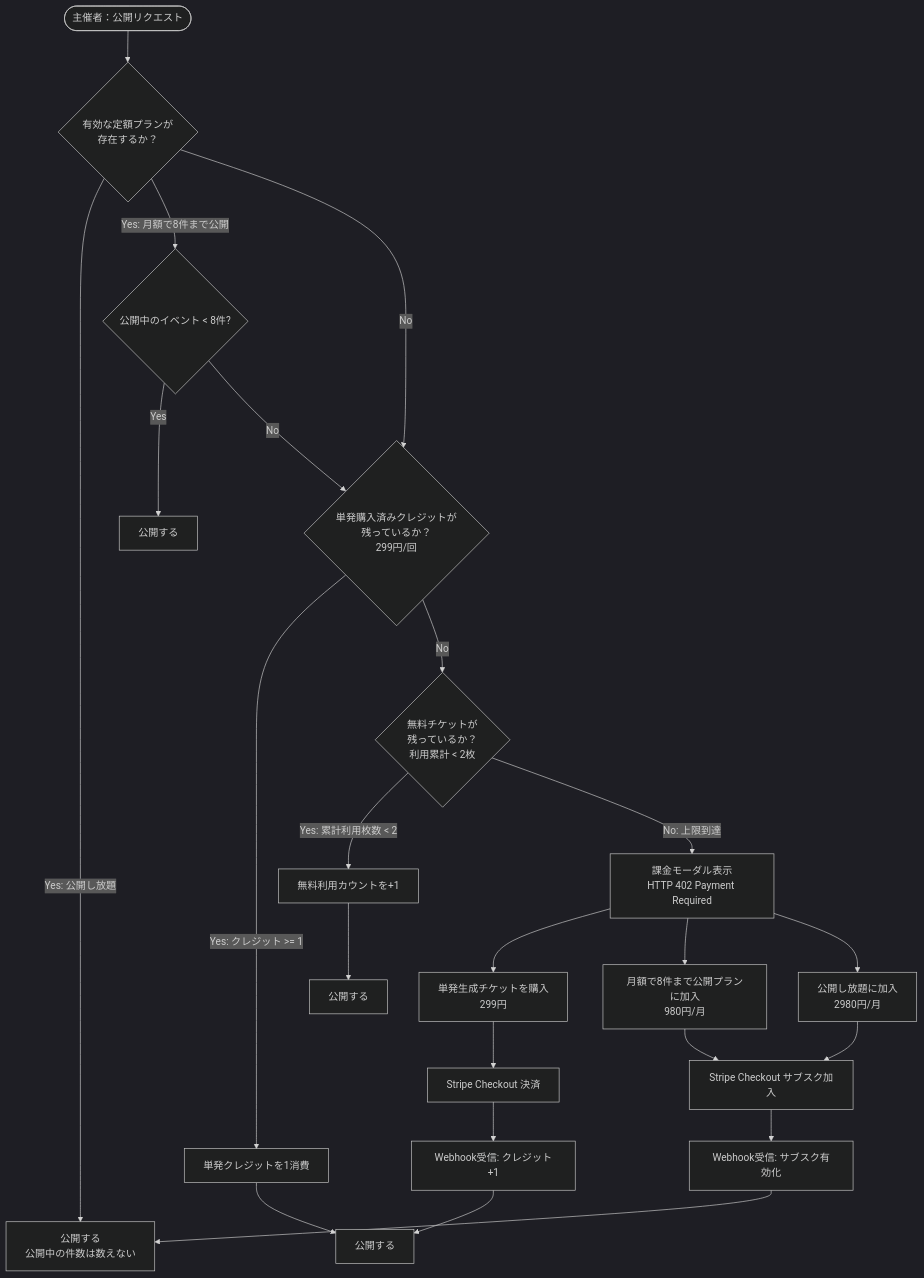
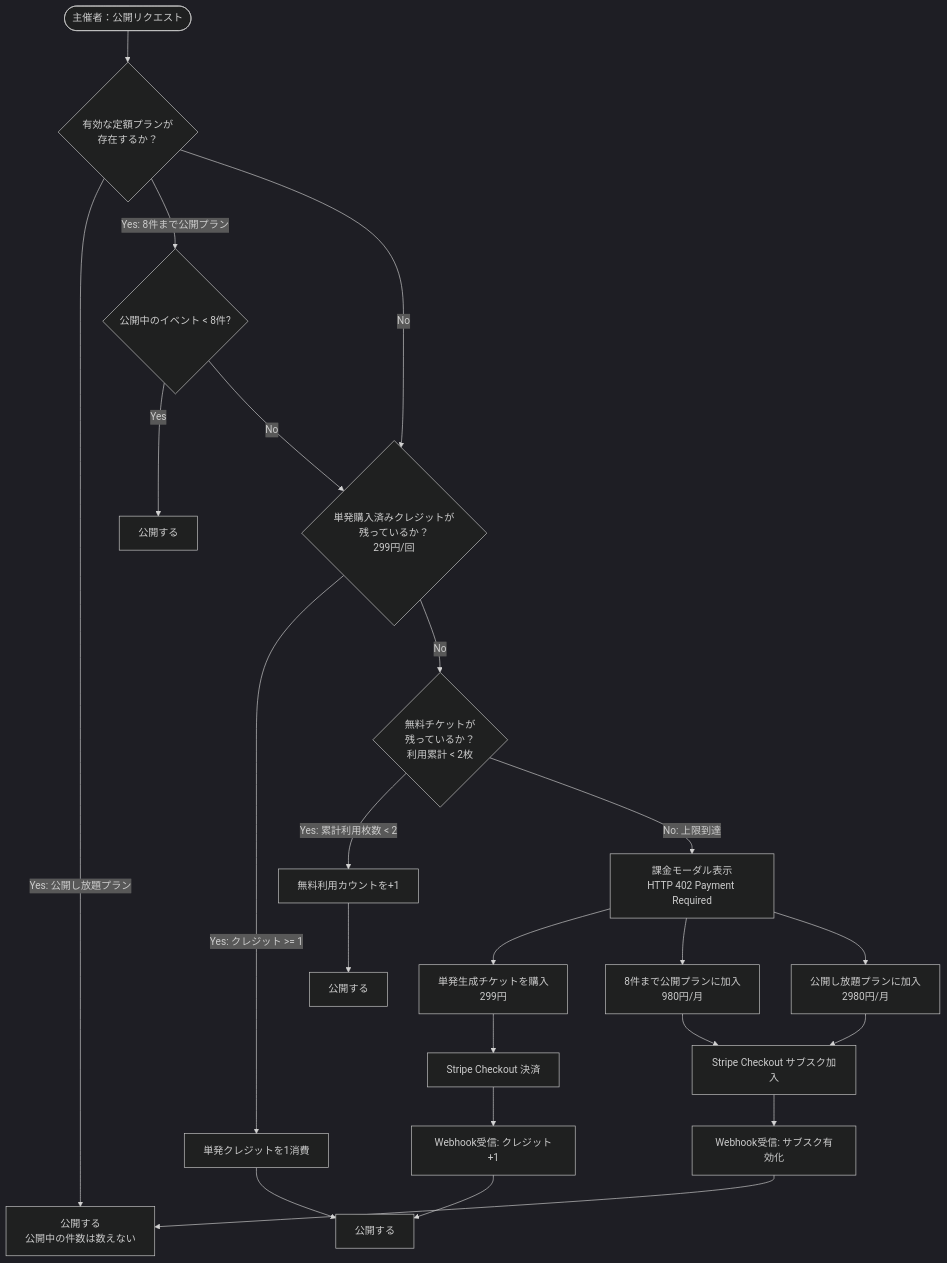
Before and after one commit to HirofumiSato/EventKreater: the second of 2 diagrams in docs/billing_and_quota_planning_requirements.md, drawn with Mermaid (dark theme). The commit also changed other lines of this file and 59 other files, not shown here.

````diff
--- a/docs/billing_and_quota_planning_requirements.md
+++ b/docs/billing_and_quota_planning_requirements.md
@@ -83,21 +83,21 @@
 ```mermaid
 flowchart TD
     Start([主催者：公開リクエスト]) --> CheckSub{有効な定額プランが<br>存在するか？}
-    CheckSub -- Yes: 公開し放題 --> ExecuteSub[公開する<br>公開中の件数は数えない]
-    CheckSub -- Yes: 月額で8件まで公開 --> CheckSlots{公開中のイベント < 8件?}
+    CheckSub -- Yes: 公開し放題プラン --> ExecuteSub[公開する<br>公開中の件数は数えない]
+    CheckSub -- Yes: 8件まで公開プラン --> CheckSlots{公開中のイベント < 8件?}
     CheckSlots -- Yes --> ExecuteSub8[公開する]
     CheckSlots -- No --> CheckCredit
     CheckSub -- No --> CheckCredit{単発購入済みクレジットが<br>残っているか？<br>299円/回}
     CheckCredit -- Yes: クレジット >= 1 --> ConsumeCredit[単発クレジットを1消費] --> ExecuteCredit[公開する]
     CheckCredit -- No --> CheckFree{無料チケットが<br>残っているか？<br>利用累計 < 2枚}
     CheckFree -- Yes: 累計利用枚数 < 2 --> IncrementFree[無料利用カウントを+1] --> ExecuteFree[公開する]
     CheckFree -- No: 上限到達 --> ShowModal[課金モーダル表示<br>HTTP 402 Payment Required]
     ShowModal --> Choice1[単発生成チケットを購入<br>299円]
-    ShowModal --> Choice2[月額で8件まで公開プランに加入<br>980円/月]
-    ShowModal --> Choice3[公開し放題に加入<br>2980円/月]
+    ShowModal --> Choice2[8件まで公開プランに加入<br>980円/月]
+    ShowModal --> Choice3[公開し放題プランに加入<br>2980円/月]
     Choice1 --> StripePay1[Stripe Checkout 決済]
     Choice2 --> StripePay2[Stripe Checkout サブスク加入]
     Choice3 --> StripePay2
     StripePay1 --> Webhook1[Webhook受信: クレジット+1] --> ExecuteCredit
     StripePay2 --> Webhook2[Webhook受信: サブスク有効化] --> ExecuteSub
 ```
````
